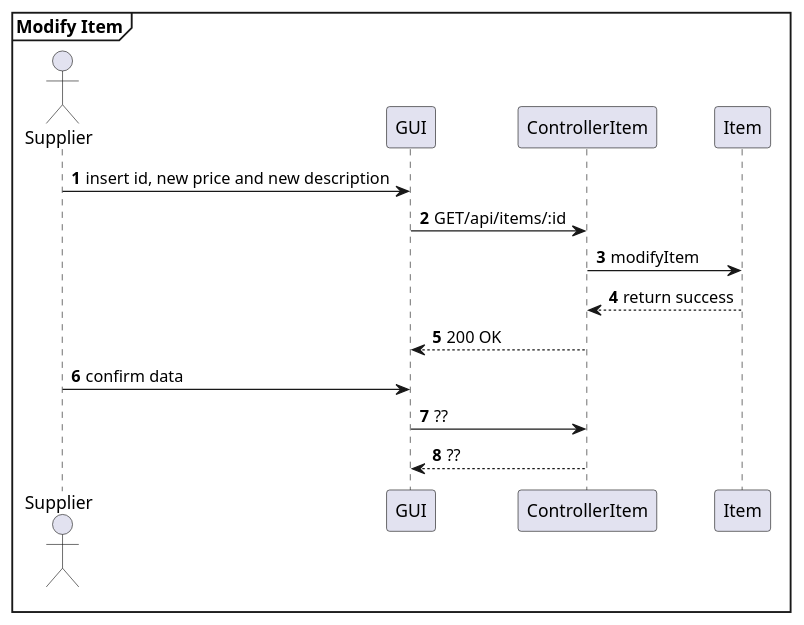
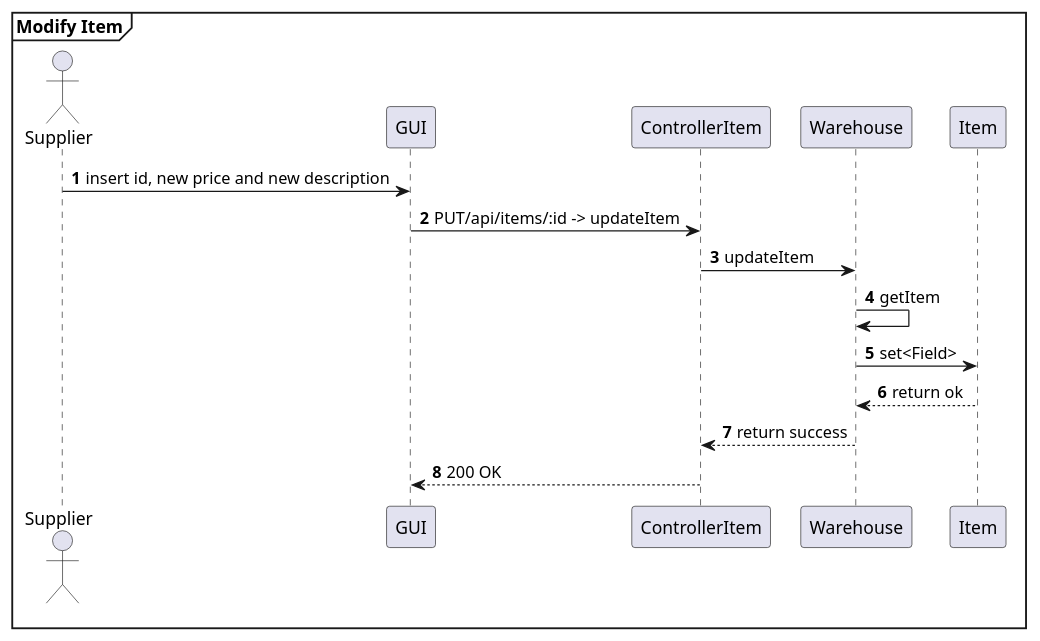
One commit to AlexZampa/EzWh changed diagram 29 of 32 in DesignDocument.md. Above: the diagram before and after it, drawn with PlantUML. The commit also changed other lines of this file, not shown here.

````diff
--- a/DesignDocument.md
+++ b/DesignDocument.md
@@ -1363,19 +1376,20 @@
 ```plantuml
 mainframe **Modify Item**
 actor Supplier
 participant GUI
 participant ControllerItem
+participant Warehouse
 participant Item
 
 autonumber
 Supplier -> GUI : insert id, new price and new description
-GUI -> ControllerItem : GET/api/items/:id
-ControllerItem -> Item : modifyItem
-ControllerItem <-- Item : return success
+GUI -> ControllerItem : PUT/api/items/:id -> updateItem
+ControllerItem -> Warehouse : updateItem
+Warehouse -> Warehouse : getItem
+Warehouse -> Item : set<Field>
+Warehouse <-- Item : return ok
+ControllerItem <-- Warehouse : return success
 GUI <-- ControllerItem : 200 OK
-Supplier -> GUI : confirm data
-GUI -> ControllerItem : ??
-GUI <-- ControllerItem : ??
 
 @enduml
 ```
````
